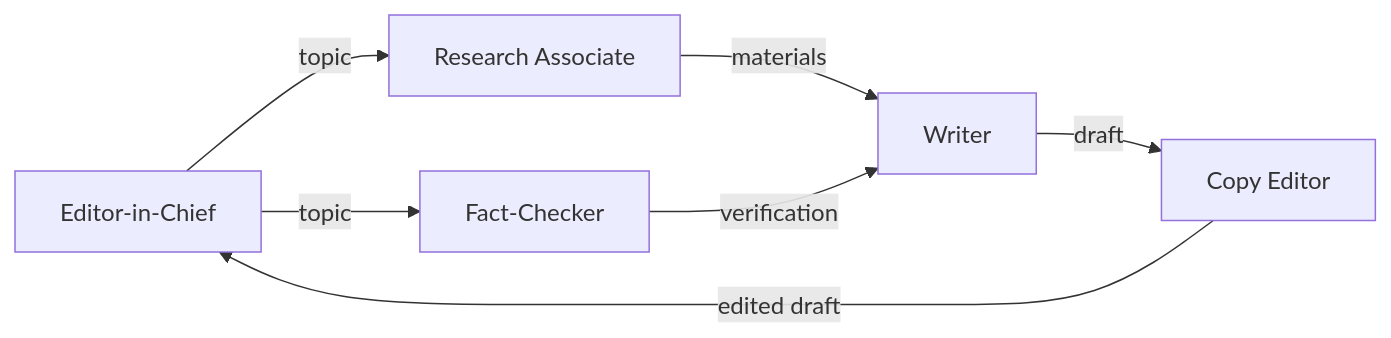
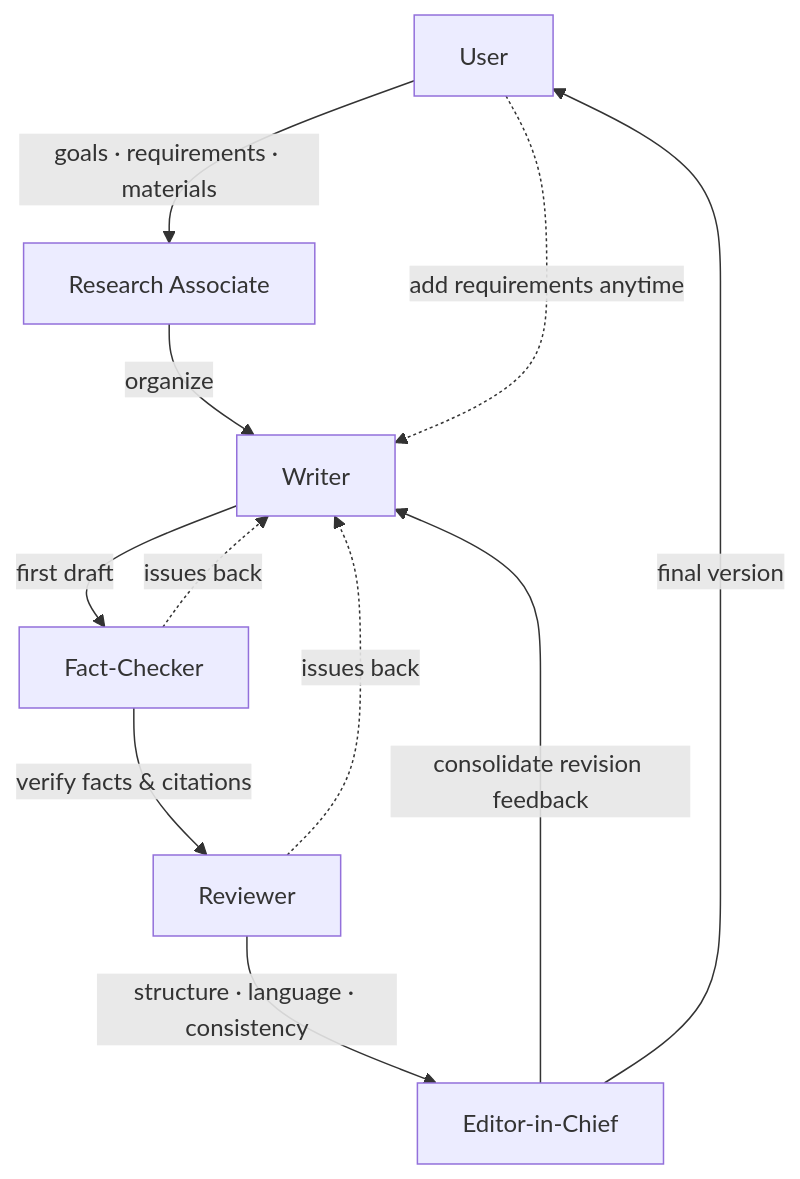
One commit to icylight/pi-tavern changed the fifth of 6 diagrams in README.en.md. Above: the diagram before and after it, drawn with Mermaid. The commit also changed other lines of this file and 4 other files, not shown here.

First line of the commit message:
docs(refactor): Phase 5 收口——ADR-0005 Accepted + 五层依赖图 + README 场景章节重写（#58） (#75)

````diff
--- a/README.en.md
+++ b/README.en.md
@@ -160,8 +184,13 @@
 ```mermaid
-flowchart LR
-    ED["Editor-in-Chief"] -->|"topic"| RS["Research Associate"] & FC["Fact-Checker"]
-    RS -->|"materials"| AU["Writer"]
-    FC -->|"verification"| AU
-    AU -->|"draft"| CW["Copy Editor"]
-    CW -->|"edited draft"| ED
+flowchart TD
+    U["User"] -->|"goals · requirements · materials"| RS["Research Associate"]
+    RS -->|"organize"| AU["Writer"]
+    AU -->|"first draft"| FC["Fact-Checker"]
+    FC -->|"verify facts & citations"| RE["Reviewer"]
+    RE -->|"structure · language · consistency"| ED["Editor-in-Chief"]
+    ED -->|"consolidate revision feedback"| AU
+    FC -.->|"issues back"| AU
+    RE -.->|"issues back"| AU
+    ED -->|"final version"| U
+    U -.->|"add requirements anytime"| AU
 ```
````
